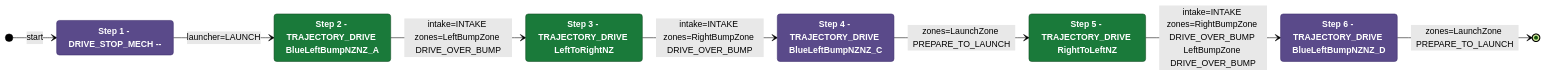
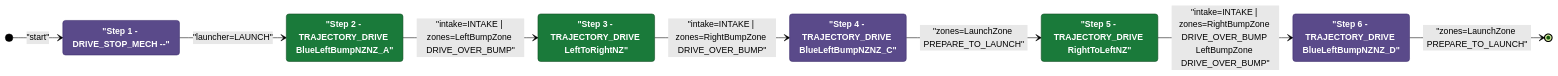
Before and after one commit to Team302/2026Rebuilt: the diagram in documents/auton/BlueTDepLaunch2NDepNOutScoreNCli.md, drawn with Mermaid (forest theme). The commit also changed 242 other files, not shown here.

Commit message:
Regenerated diagrams with fixed red

````diff
--- a/documents/auton/BlueTDepLaunch2NDepNOutScoreNCli.md
+++ b/documents/auton/BlueTDepLaunch2NDepNOutScoreNCli.md
@@ -8,30 +8,30 @@
 ```mermaid
 stateDiagram-v2
     direction LR
 
     %% Green = intake active, Purple = intake off
     classDef intake  fill:#1a7a3a,color:#ffffff,stroke:#0d4a1f,font-weight:bold
     classDef noIntake fill:#5a4a8a,color:#ffffff,stroke:#3a2a6a,font-weight:bold
 
-    Step1 : Step 1 - DRIVE_STOP_MECH --
-    Step2 : Step 2 - TRAJECTORY_DRIVE BlueLeftBumpNZNZ_A
-    Step3 : Step 3 - TRAJECTORY_DRIVE LeftToRightNZ
-    Step4 : Step 4 - TRAJECTORY_DRIVE BlueLeftBumpNZNZ_C
-    Step5 : Step 5 - TRAJECTORY_DRIVE RightToLeftNZ
-    Step6 : Step 6 - TRAJECTORY_DRIVE BlueLeftBumpNZNZ_D
+    Step1 : "Step 1 - DRIVE_STOP_MECH --"
+    Step2 : "Step 2 - TRAJECTORY_DRIVE BlueLeftBumpNZNZ_A"
+    Step3 : "Step 3 - TRAJECTORY_DRIVE LeftToRightNZ"
+    Step4 : "Step 4 - TRAJECTORY_DRIVE BlueLeftBumpNZNZ_C"
+    Step5 : "Step 5 - TRAJECTORY_DRIVE RightToLeftNZ"
+    Step6 : "Step 6 - TRAJECTORY_DRIVE BlueLeftBumpNZNZ_D"
 
     class Step1 noIntake
     class Step2 intake
     class Step3 intake
     class Step4 noIntake
     class Step5 intake
     class Step6 noIntake
 
-    [*] --> Step1 : start
-    Step1 --> Step2: launcher=LAUNCH
-    Step2 --> Step3: intake=INTAKE zones=LeftBumpZone DRIVE_OVER_BUMP
-    Step3 --> Step4: intake=INTAKE zones=RightBumpZone DRIVE_OVER_BUMP
-    Step4 --> Step5: zones=LaunchZone PREPARE_TO_LAUNCH
-    Step5 --> Step6: intake=INTAKE zones=RightBumpZone DRIVE_OVER_BUMP LeftBumpZone DRIVE_OVER_BUMP
-    Step6 --> [*]: zones=LaunchZone PREPARE_TO_LAUNCH
+    [*] --> Step1 : "start"
+    Step1 --> Step2: "launcher=LAUNCH"
+    Step2 --> Step3: "intake=INTAKE | zones=LeftBumpZone DRIVE_OVER_BUMP"
+    Step3 --> Step4: "intake=INTAKE | zones=RightBumpZone DRIVE_OVER_BUMP"
+    Step4 --> Step5: "zones=LaunchZone PREPARE_TO_LAUNCH"
+    Step5 --> Step6: "intake=INTAKE | zones=RightBumpZone DRIVE_OVER_BUMP LeftBumpZone DRIVE_OVER_BUMP"
+    Step6 --> [*]: "zones=LaunchZone PREPARE_TO_LAUNCH"
 ```
````
